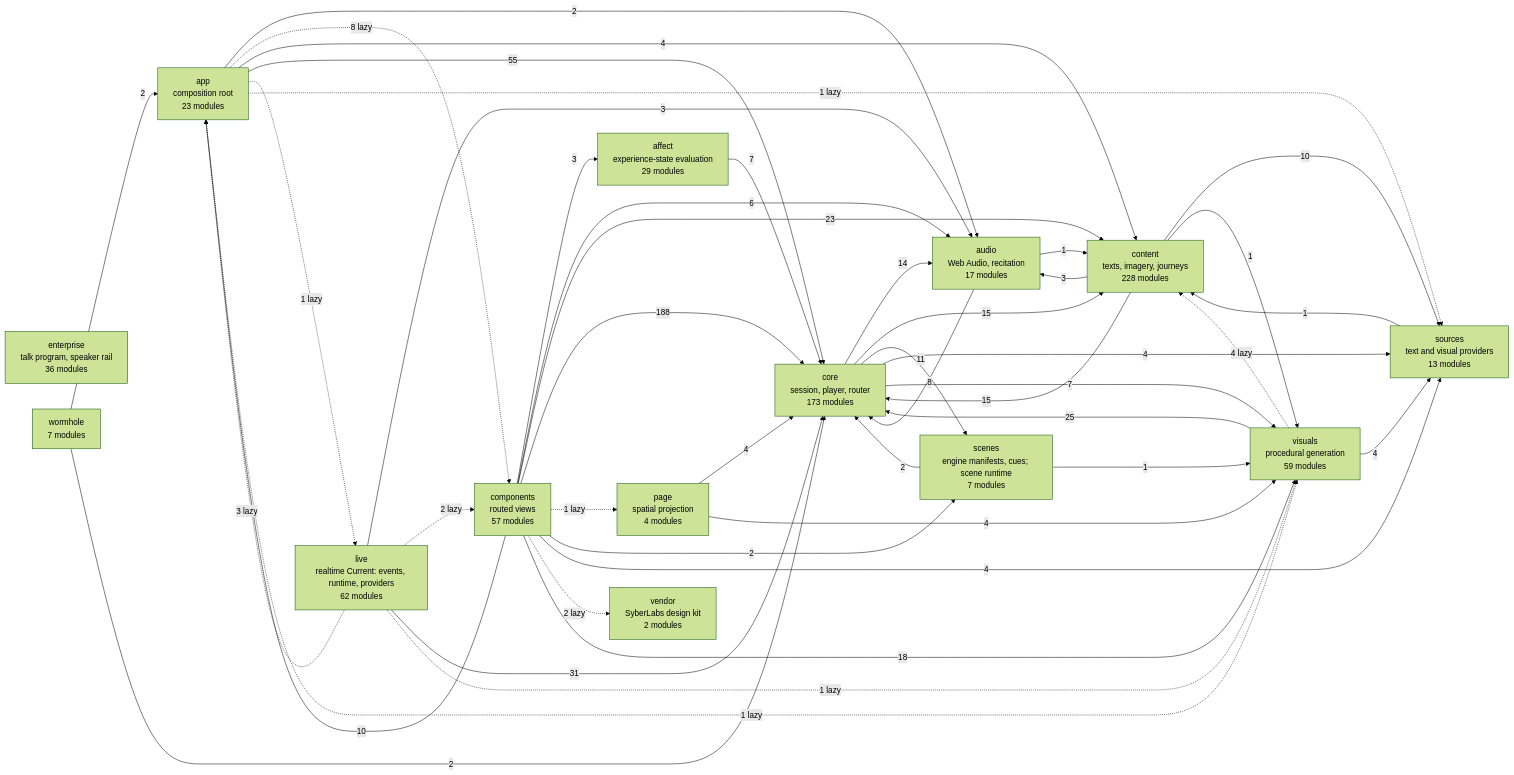
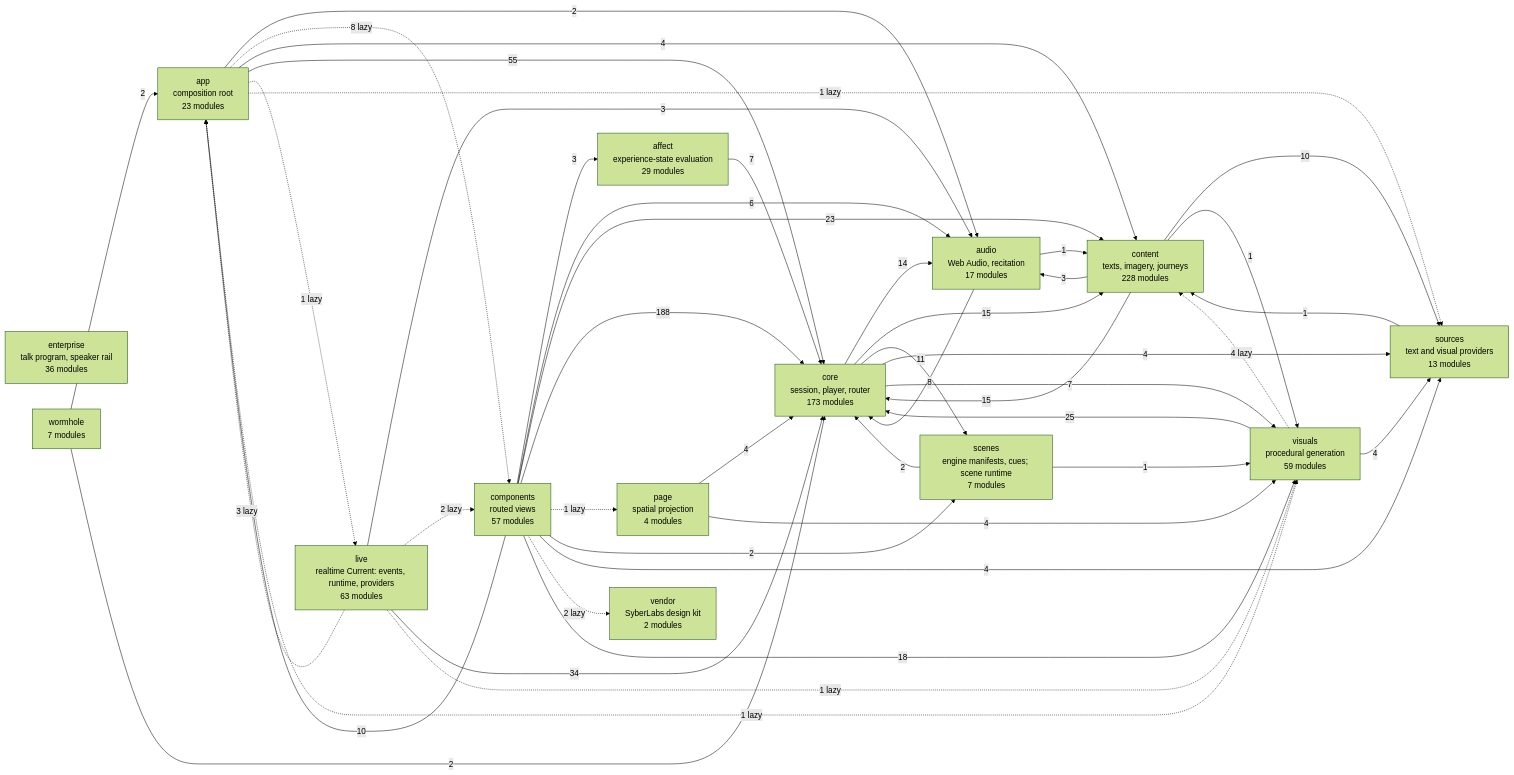
One commit to SyberLabs/RISE changed the diagram in docs/specs/ARCHITECTURE.md. Above: the diagram before and after it, drawn with Mermaid (forest theme). The commit also changed 39 other files, not shown here.

````diff
--- a/docs/specs/ARCHITECTURE.md
+++ b/docs/specs/ARCHITECTURE.md
@@ -161,62 +161,62 @@
 ```mermaid
 flowchart LR
     affect["affect<br/>experience-state evaluation<br/>29 modules"]
     app["app<br/>composition root<br/>23 modules"]
     audio["audio<br/>Web Audio, recitation<br/>17 modules"]
     components["components<br/>routed views<br/>57 modules"]
     content["content<br/>texts, imagery, journeys<br/>228 modules"]
     core["core<br/>session, player, router<br/>173 modules"]
     enterprise["enterprise<br/>talk program, speaker rail<br/>36 modules"]
-    live["live<br/>realtime Current: events, runtime, providers<br/>62 modules"]
+    live["live<br/>realtime Current: events, runtime, providers<br/>63 modules"]
     page["page<br/>spatial projection<br/>4 modules"]
     scenes["scenes<br/>engine manifests, cues; scene runtime<br/>7 modules"]
     sources["sources<br/>text and visual providers<br/>13 modules"]
     vendor["vendor<br/>SyberLabs design kit<br/>2 modules"]
     visuals["visuals<br/>procedural generation<br/>59 modules"]
     wormhole["wormhole<br/>7 modules"]
 
     affect --> |7| core
     app --> |2| audio
     app -.-> |8 lazy| components
     app --> |4| content
     app --> |55| core
     app -.-> |1 lazy| live
     app -.-> |1 lazy| sources
     app -.-> |1 lazy| visuals
     audio --> |1| content
     audio --> |8| core
     components --> |3| affect
     components --> |10| app
     components --> |6| audio
     components --> |23| content
     components --> |188| core
     components -.-> |1 lazy| page
     components --> |2| scenes
     components --> |4| sources
     components -.-> |2 lazy| vendor
     components --> |18| visuals
     content --> |3| audio
     content --> |15| core
     content --> |10| sources
     content --> |1| visuals
     core --> |14| audio
     core --> |15| content
     core --> |11| scenes
     core --> |4| sources
     core --> |7| visuals
     live -.-> |3 lazy| app
     live --> |3| audio
     live -.-> |2 lazy| components
-    live --> |31| core
+    live --> |34| core
     live -.-> |1 lazy| visuals
     page --> |4| core
     page --> |4| visuals
     scenes --> |2| core
     scenes --> |1| visuals
     sources --> |1| content
     visuals -.-> |4 lazy| content
     visuals --> |25| core
     visuals --> |4| sources
     wormhole --> |2| app
     wormhole --> |2| core
 ```
````
